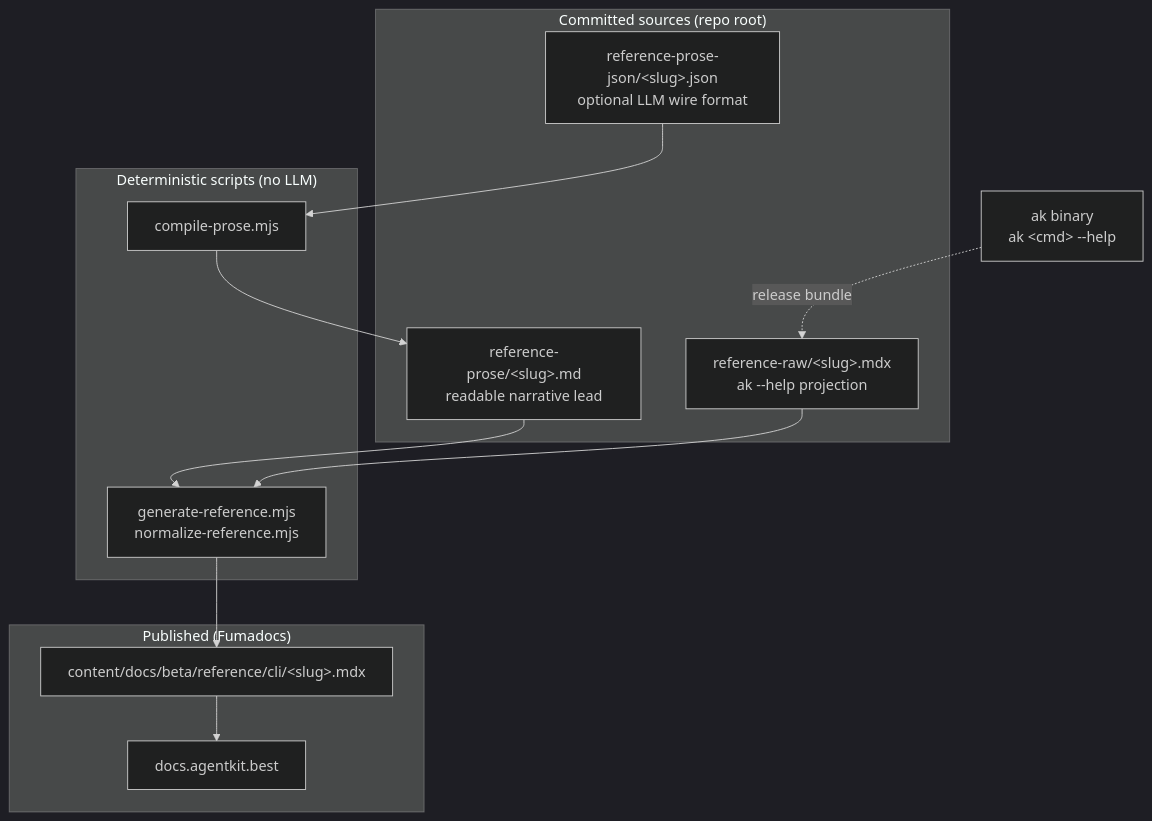
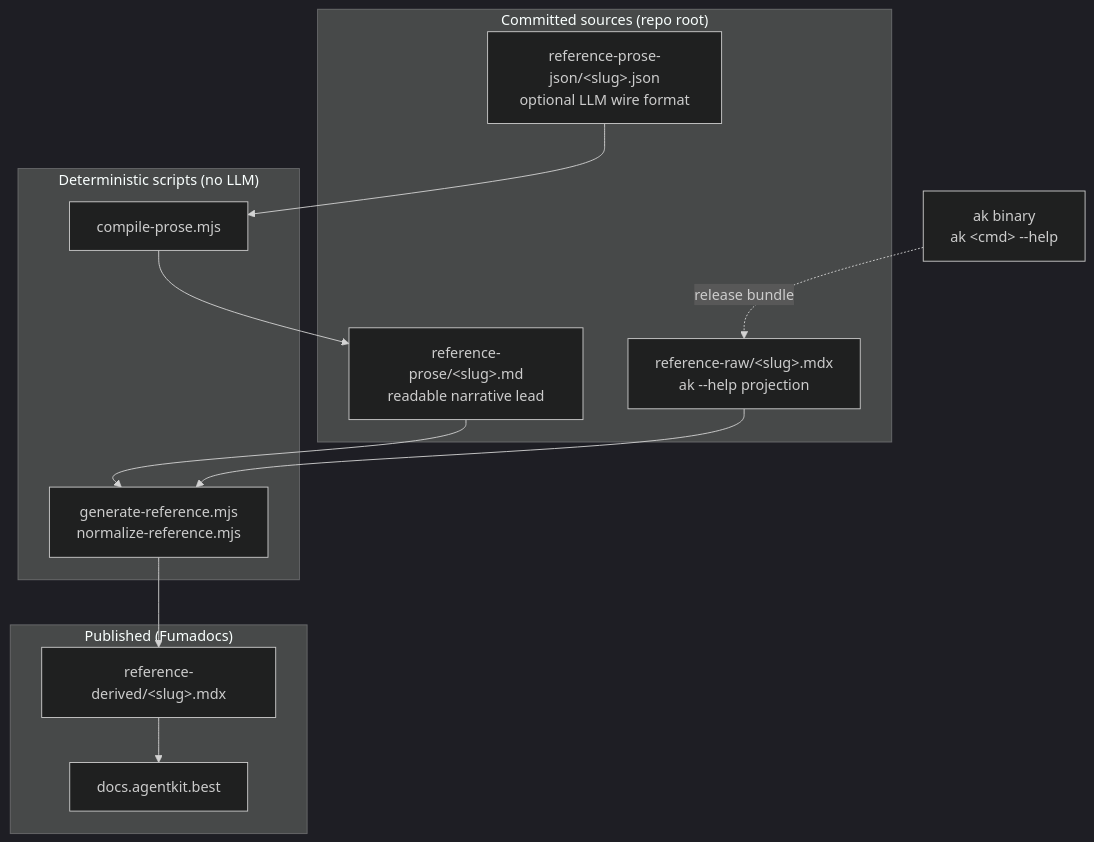
One commit to bestagentkits/agentkit-docs changed the first of 5 diagrams in docs/workflows/cli-reference-pipeline.md. Above: the diagram before and after it, drawn with Mermaid (dark theme). The commit also changed other lines of this file and 1063 other files, not shown here.

First line of the commit message:
docs: nest CLI reference and refresh Desktop license docs

````diff
--- a/docs/workflows/cli-reference-pipeline.md
+++ b/docs/workflows/cli-reference-pipeline.md
@@ -8,24 +8,24 @@
 ```mermaid
 flowchart TB
   subgraph sources["Committed sources (repo root)"]
     RAW["reference-raw/&lt;slug&gt;.mdx<br/>ak --help projection"]
     JSON["reference-prose-json/&lt;slug&gt;.json<br/>optional LLM wire format"]
     PROSE["reference-prose/&lt;slug&gt;.md<br/>readable narrative lead"]
   end
 
   subgraph scripts["Deterministic scripts (no LLM)"]
     COMPILE["compile-prose.mjs"]
     GEN["generate-reference.mjs<br/>normalize-reference.mjs"]
   end
 
   subgraph published["Published (Fumadocs)"]
-    MDX["content/docs/beta/reference/cli/&lt;slug&gt;.mdx"]
+    MDX["reference-derived/&lt;slug&gt;.mdx"]
     SITE["docs.agentkit.best"]
   end
 
   AK["ak binary<br/>ak &lt;cmd&gt; --help"] -.->|release bundle| RAW
   JSON --> COMPILE --> PROSE
   PROSE --> GEN
   RAW --> GEN
   GEN --> MDX --> SITE
 ```
````
